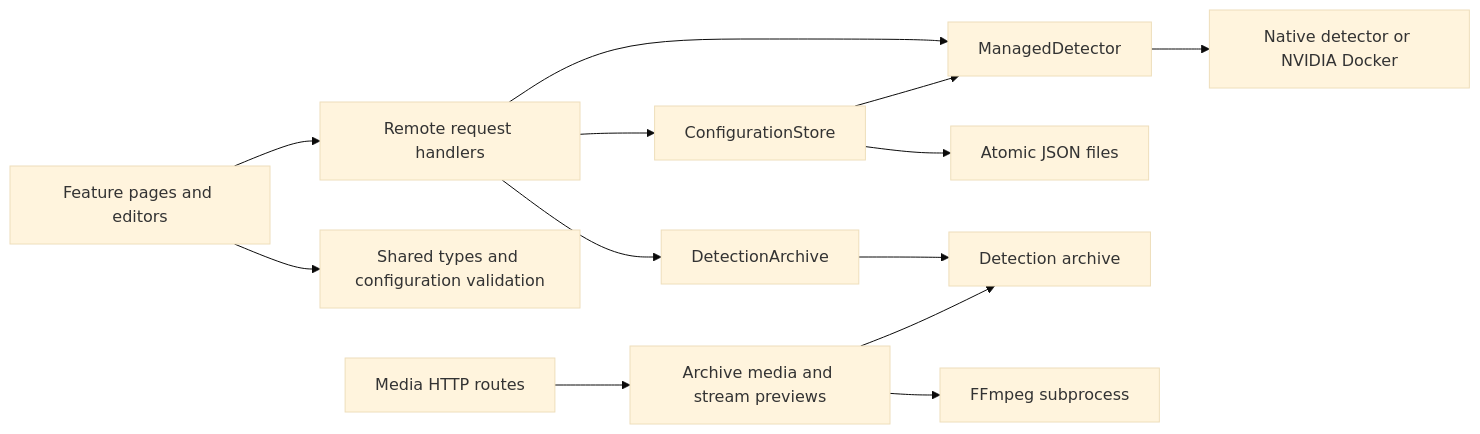
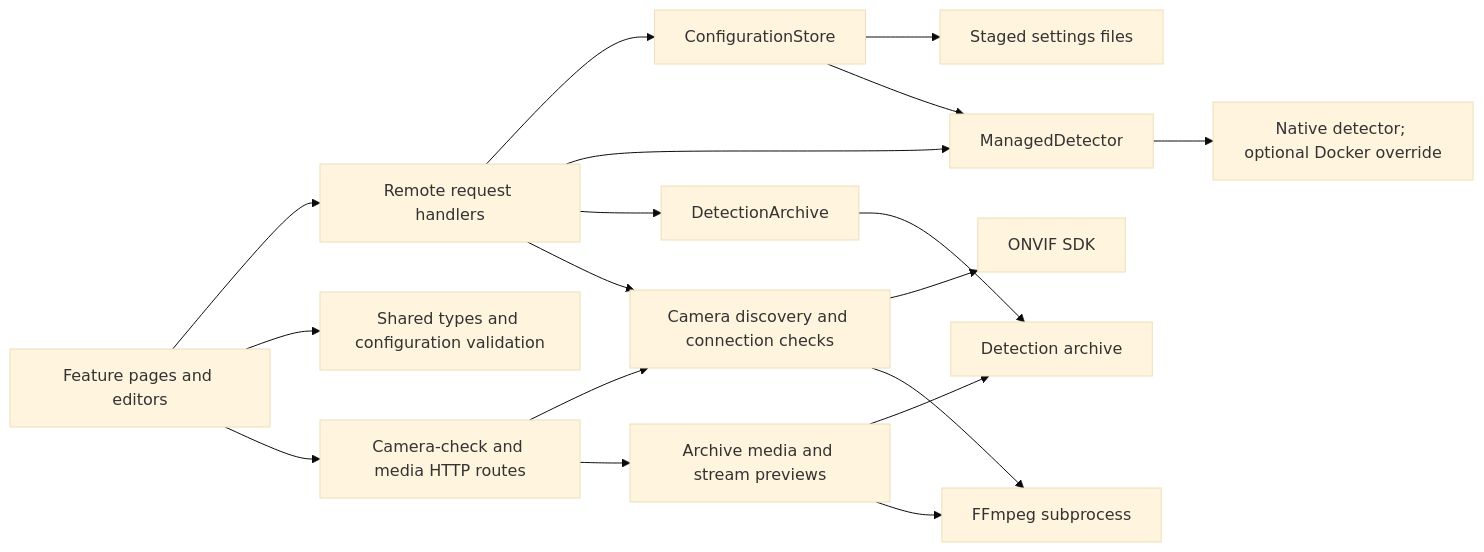
Before and after one commit to ESchouten/ai-detector: the diagram in web/ARCHITECTURE.md, drawn with Mermaid (base theme). The commit also changed other lines of this file and 132 other files, not shown here.

````diff
--- a/web/ARCHITECTURE.md
+++ b/web/ARCHITECTURE.md
@@ -5,15 +5,20 @@
 ```mermaid
 flowchart LR
     UI["Feature pages and editors"] --> Remote["Remote request handlers"]
     UI --> Models["Shared types and configuration validation"]
     Remote --> Config["ConfigurationStore"]
     Remote --> Runtime["ManagedDetector"]
     Remote --> Archive["DetectionArchive"]
-    Routes["Media HTTP routes"] --> Media["Archive media and stream previews"]
-    Config --> Files["Atomic JSON files"]
+    Remote --> Cameras["Camera discovery and connection checks"]
+    Cameras --> ONVIF["ONVIF SDK"]
+    Cameras --> FFmpeg
+    UI --> Routes["Camera-check and media HTTP routes"]
+    Routes --> Cameras
+    Routes --> Media["Archive media and stream previews"]
+    Config --> Files["Staged settings files"]
     Config --> Runtime
     Archive --> Disk["Detection archive"]
     Media --> Disk
     Media --> FFmpeg["FFmpeg subprocess"]
-    Runtime --> Process["Native detector or NVIDIA Docker"]
+    Runtime --> Process["Native detector; optional Docker override"]
 ```
````
